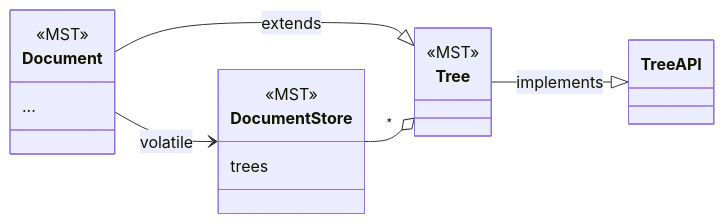
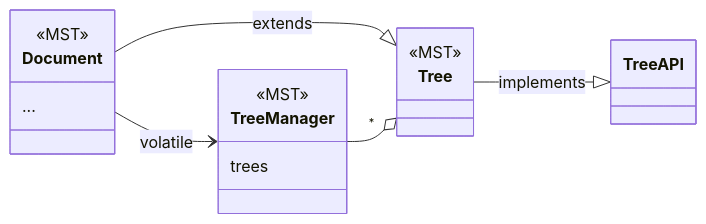
The second of 6 diagrams in docs/history-framework.md (concord-consortium/collaborative-learning), drawn with Mermaid before and after one commit. The commit also changed other lines of this file and 8 other files, not shown here.

Commit message:
rename container to tree manager

````diff
--- a/docs/history-framework.md
+++ b/docs/history-framework.md
@@ -60,21 +57,21 @@
 ```mermaid
 classDiagram
 direction LR
-class DocumentStore {
+class TreeManager {
   <<MST>>
   trees
 }
-Document --> DocumentStore : volatile
+Document --> TreeManager : volatile
 
 class Document {
   <<MST>>
   ...  
 }
 class Tree {
   <<MST>>
 }
 Document --|> Tree : extends
-DocumentStore --o "*" Tree
+TreeManager --o "*" Tree
 Tree --|> TreeAPI : implements
 
 ```
````
